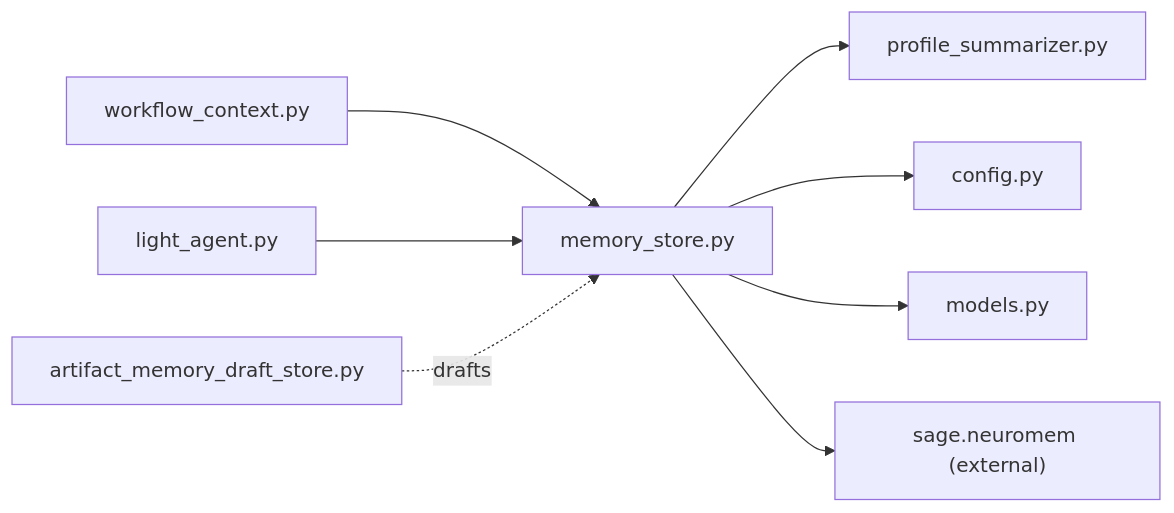
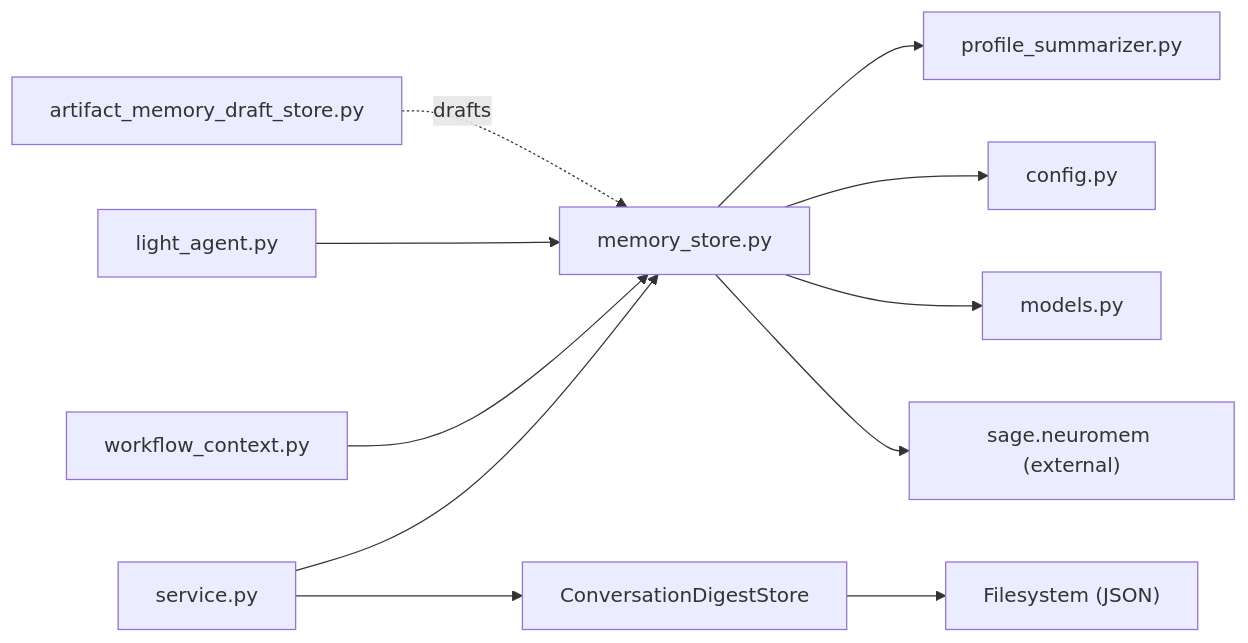
One commit to intellistream/sage-mate changed the tenth of 10 diagrams in .qoder/repowiki/en/content/Memory Systems/Memory Systems.md. Above: the diagram before and after it, drawn with Mermaid. The commit also changed other lines of this file and 136 other files, not shown here.

First line of the commit message:
chore: source updates, bidirectional link graph, data and repowiki refresh

````diff
--- a/.qoder/repowiki/en/content/Memory Systems/Memory Systems.md
+++ b/.qoder/repowiki/en/content/Memory Systems/Memory Systems.md
@@ -446,10 +555,13 @@
 ```mermaid
 graph LR
 MS["memory_store.py"] --> PS["profile_summarizer.py"]
 MS --> CFG["config.py"]
 MS --> MD["models.py"]
+SV["service.py"] --> MS
+SV --> CDS["ConversationDigestStore"]
 WFC["workflow_context.py"] --> MS
 LA["light_agent.py"] --> MS
 AMS["artifact_memory_draft_store.py"] -. drafts .-> MS
 MS --> NEU["sage.neuromem (external)"]
+CDS --> FS["Filesystem (JSON)"]
 ```
````
